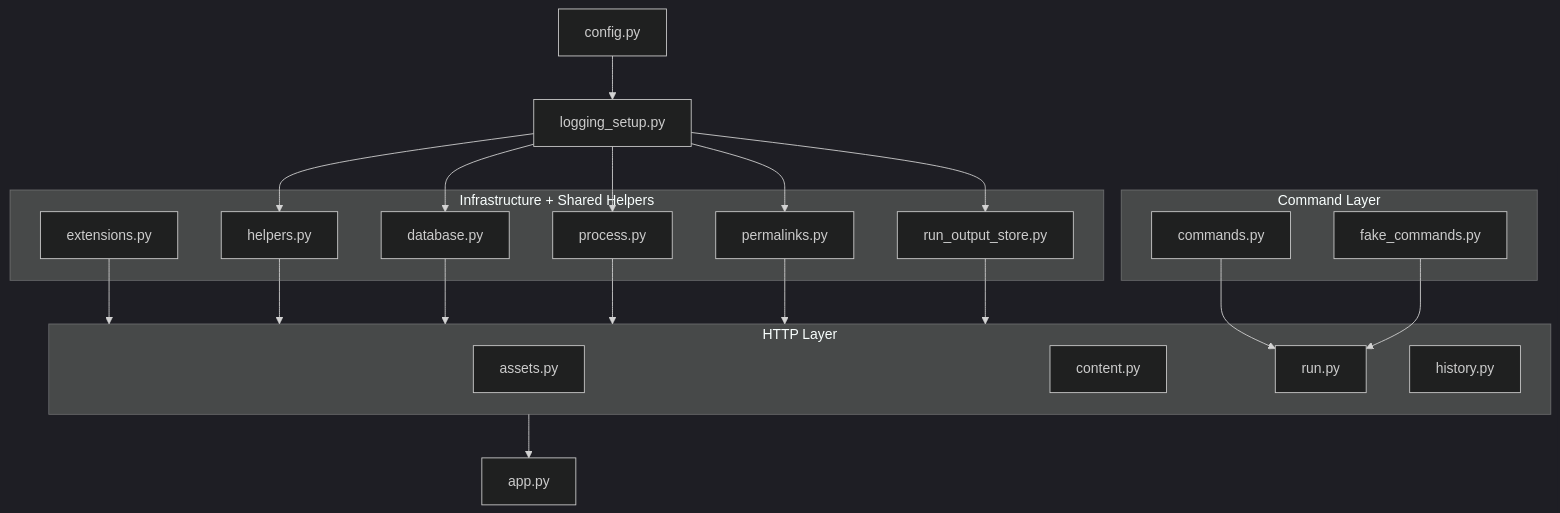
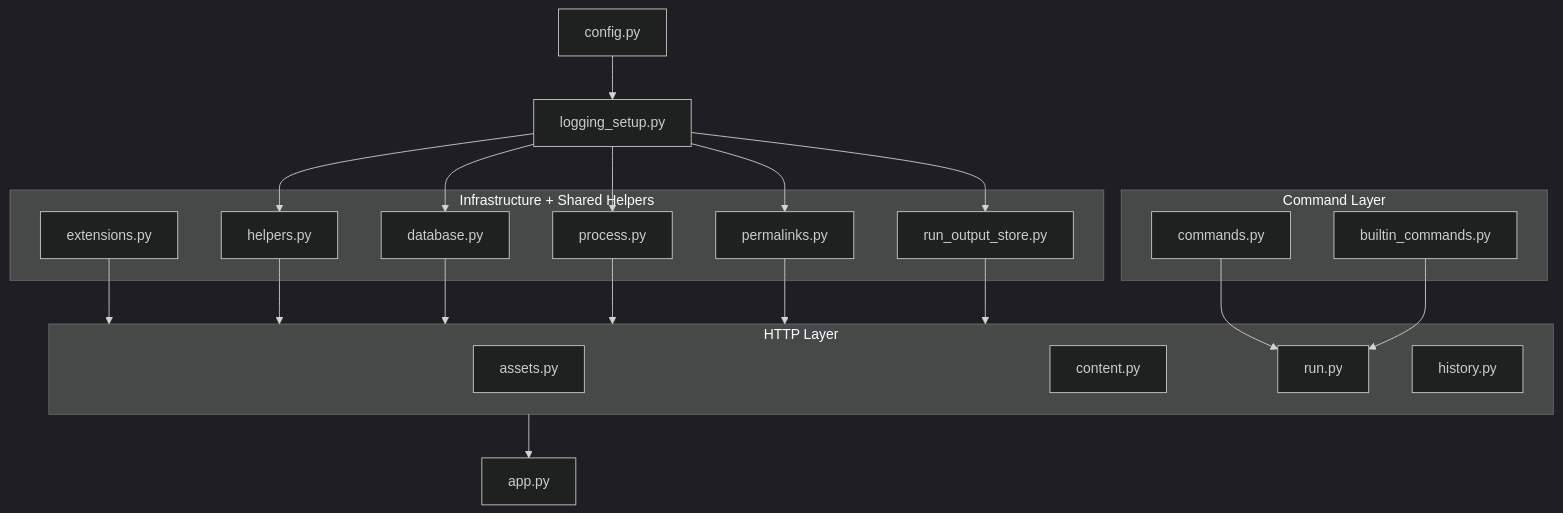
Before and after one commit to darklab-sh/darklab-shell: the fifth of 6 diagrams in ARCHITECTURE.md, drawn with Mermaid (dark theme). The commit also changed other lines of this file and 46 other files, not shown here.

Commit message:
Renaming fake commands and run monitor to built-in commands and status monitor

````diff
--- a/ARCHITECTURE.md
+++ b/ARCHITECTURE.md
@@ -540,44 +540,44 @@
 ```mermaid
 flowchart TB
   Config["config.py"]
   Logging["logging_setup.py"]
 
   subgraph Infra["Infrastructure + Shared Helpers"]
     Helpers["helpers.py"]
     Database["database.py"]
     Process["process.py"]
     Permalinks["permalinks.py"]
     OutputStore["run_output_store.py"]
     Extensions["extensions.py"]
   end
 
   subgraph Commands["Command Layer"]
     CommandRules["commands.py"]
-    FakeCommands["fake_commands.py"]
+    BuiltinCommands["builtin_commands.py"]
   end
 
   subgraph Http["HTTP Layer"]
     Assets["assets.py"]
     Content["content.py"]
     Run["run.py"]
     History["history.py"]
   end
 
   App["app.py"]
 
   Config --> Logging
   Logging --> Helpers
   Logging --> Database
   Logging --> Process
   Logging --> Permalinks
   Logging --> OutputStore
   Extensions --> Http
   Helpers --> Http
   Database --> Http
   Process --> Http
   Permalinks --> Http
   OutputStore --> Http
   CommandRules --> Run
-  FakeCommands --> Run
+  BuiltinCommands --> Run
   Http --> App
 ```
````
